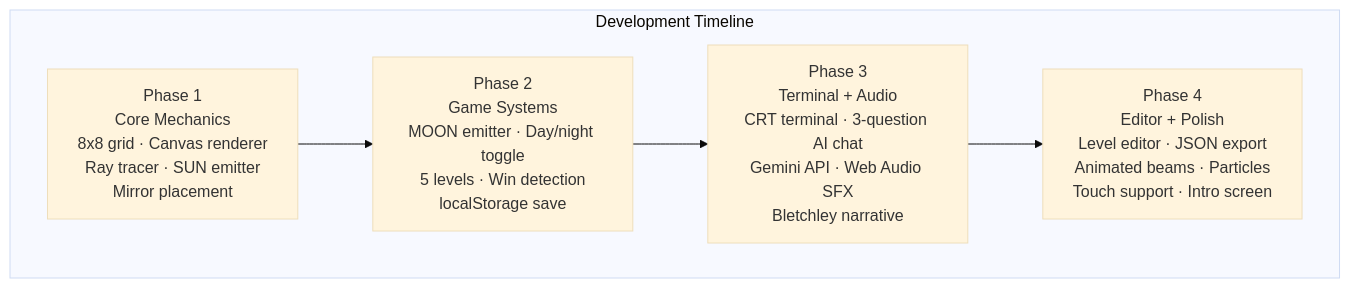
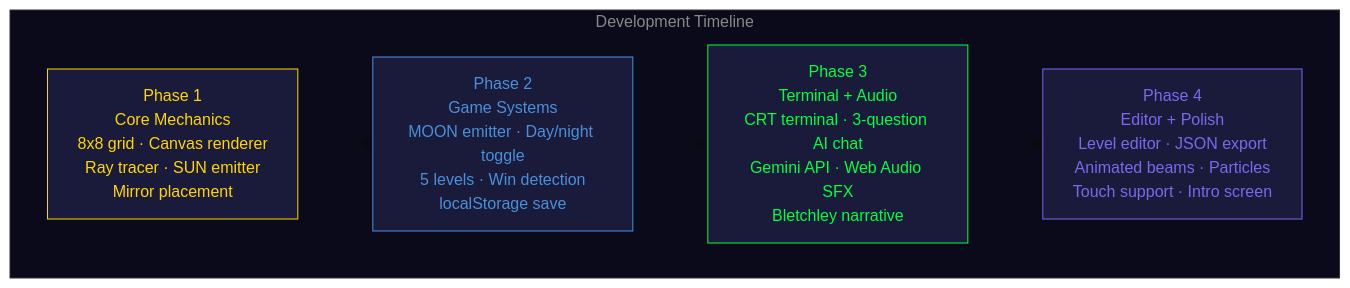
The fifth of 6 diagrams in README.md (jacksonvincent012-web/Solstice-Game), drawn with Mermaid (base theme) before and after one commit. The commit also changed other lines of this file, not shown here.

Commit message:
Style Mermaid architecture diagrams with game-themed colors

````diff
--- a/README.md
+++ b/README.md
@@ -131,11 +157,17 @@
 ```mermaid
 flowchart LR
     subgraph Dev[Development Timeline]
         direction LR
         D1["Phase 1<br>Core Mechanics<br>8x8 grid · Canvas renderer<br>Ray tracer · SUN emitter<br>Mirror placement"]
         D2["Phase 2<br>Game Systems<br>MOON emitter · Day/night toggle<br>5 levels · Win detection<br>localStorage save"]
         D3["Phase 3<br>Terminal + Audio<br>CRT terminal · 3-question AI chat<br>Gemini API · Web Audio SFX<br>Bletchley narrative"]
         D4["Phase 4<br>Editor + Polish<br>Level editor · JSON export<br>Animated beams · Particles<br>Touch support · Intro screen"]
     end
     D1 --> D2 --> D3 --> D4
+
+    style D1 fill:#1a1a3a,stroke:#ffd700,color:#ffd700
+    style D2 fill:#1a1a3a,stroke:#4a90d9,color:#4a90d9
+    style D3 fill:#1a1a3a,stroke:#00ff41,color:#00ff41
+    style D4 fill:#1a1a3a,stroke:#7b68ee,color:#7b68ee
+    style Dev fill:#0a0a1a,stroke:#333,color:#888
 ```
````
